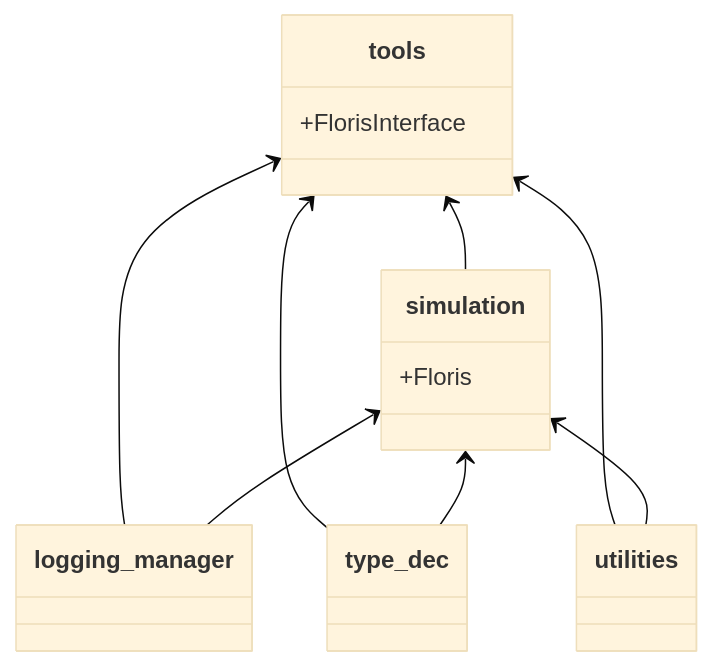
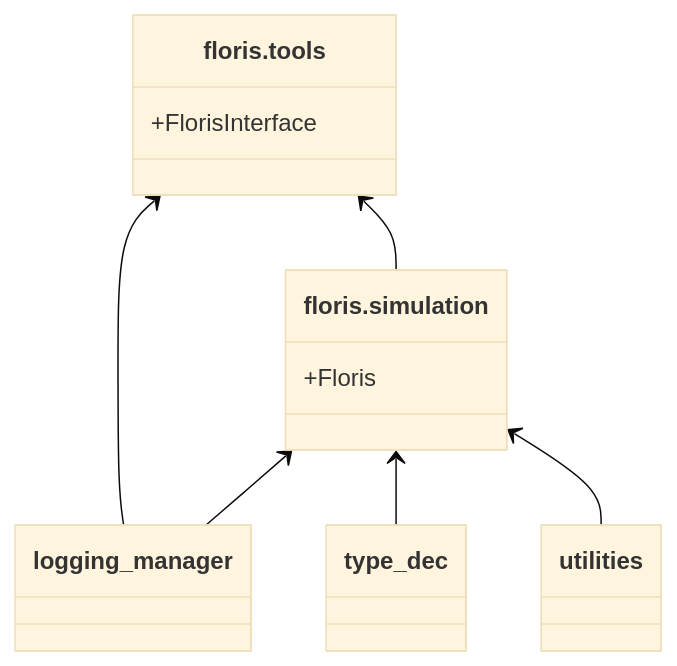
The first of 2 diagrams in docs/architecture.md (NREL/floris), drawn with Mermaid (base theme) before and after one commit. The commit also changed other lines of this file, not shown here.

First line of the commit message:
Update the architecture diagrams

````diff
--- a/docs/architecture.md
+++ b/docs/architecture.md
@@ -31,23 +32,21 @@
 ```{mermaid}
 classDiagram
 
-    class tools {
-        +FlorisInterface
+    class simulation["floris.simulation"] {
+        +Floris
     }
 
-    class simulation {
-        +Floris
+    class tools["floris.tools"] {
+        +FlorisInterface
     }
 
     class logging_manager
     class type_dec
     class utilities
 
     tools <-- logging_manager
     simulation <-- logging_manager
-    tools <-- type_dec
     simulation <-- type_dec
-    tools <-- utilities
     simulation <-- utilities
     tools <-- simulation
 ```
````
